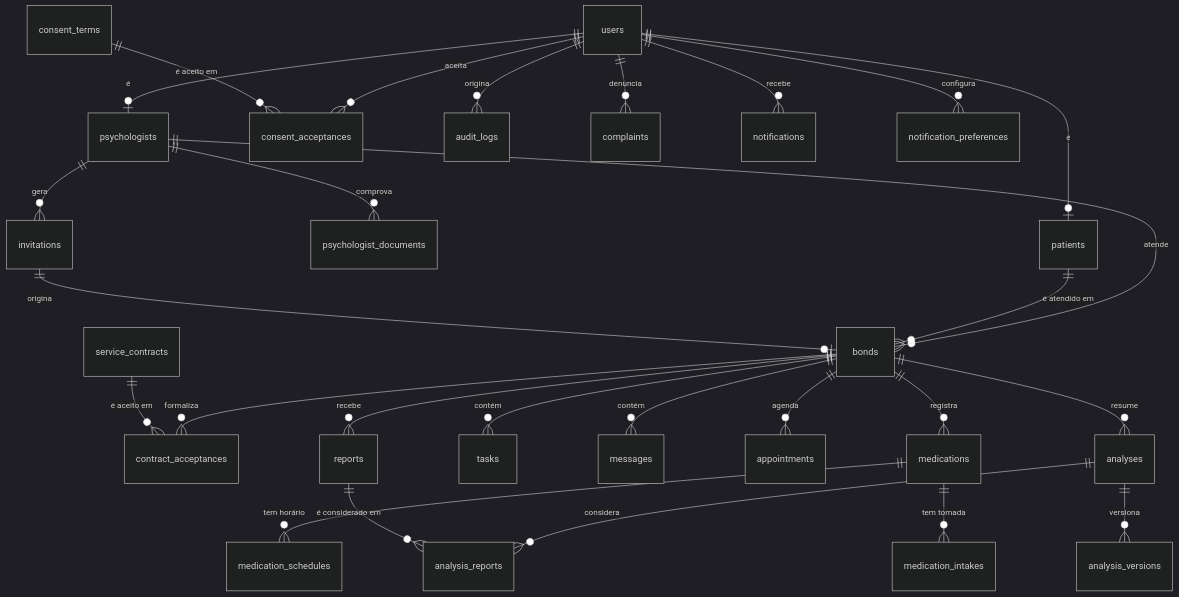
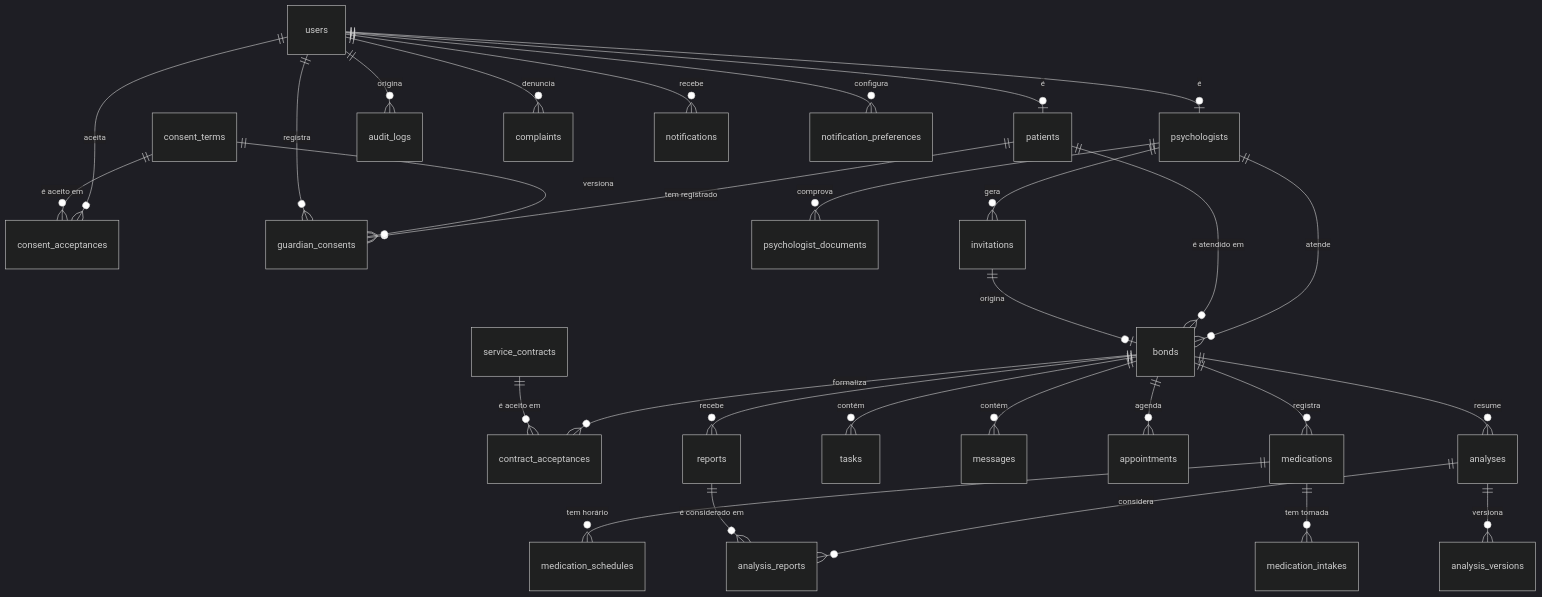
The first of 3 diagrams in docs/diagramas/modelo-de-dados.md (rbrecci/Calmind), drawn with Mermaid (dark theme) before and after one commit. The commit also changed other lines of this file and 9 other files, not shown here.

````diff
--- a/docs/diagramas/modelo-de-dados.md
+++ b/docs/diagramas/modelo-de-dados.md
@@ -26,34 +26,37 @@
 ```mermaid
 erDiagram
     users ||--o| patients : "é"
     users ||--o| psychologists : "é"
     users ||--o{ consent_acceptances : aceita
     consent_terms ||--o{ consent_acceptances : "é aceito em"
+    patients ||--o{ guardian_consents : "tem registrado"
+    consent_terms ||--o{ guardian_consents : "versiona"
+    users ||--o{ guardian_consents : registra
 
     psychologists ||--o{ psychologist_documents : comprova
     psychologists ||--o{ invitations : gera
     psychologists ||--o{ bonds : atende
     patients ||--o{ bonds : "é atendido em"
     invitations ||--o| bonds : origina
 
     bonds ||--o{ contract_acceptances : formaliza
     service_contracts ||--o{ contract_acceptances : "é aceito em"
     bonds ||--o{ reports : recebe
     bonds ||--o{ tasks : contém
     bonds ||--o{ messages : contém
     bonds ||--o{ appointments : agenda
     bonds ||--o{ medications : registra
     bonds ||--o{ analyses : resume
 
     medications ||--o{ medication_schedules : "tem horário"
     medications ||--o{ medication_intakes : "tem tomada"
 
     analyses ||--o{ analysis_reports : considera
     reports ||--o{ analysis_reports : "é considerado em"
     analyses ||--o{ analysis_versions : versiona
 
     users ||--o{ audit_logs : origina
     users ||--o{ complaints : denuncia
     users ||--o{ notifications : recebe
     users ||--o{ notification_preferences : configura
 ```
````
